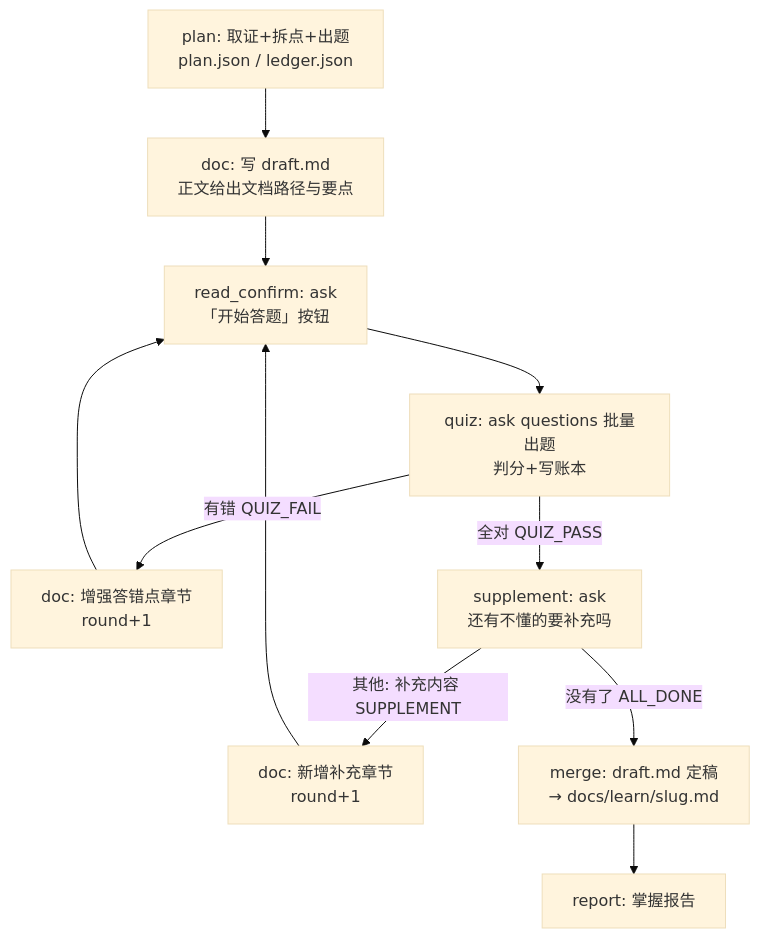
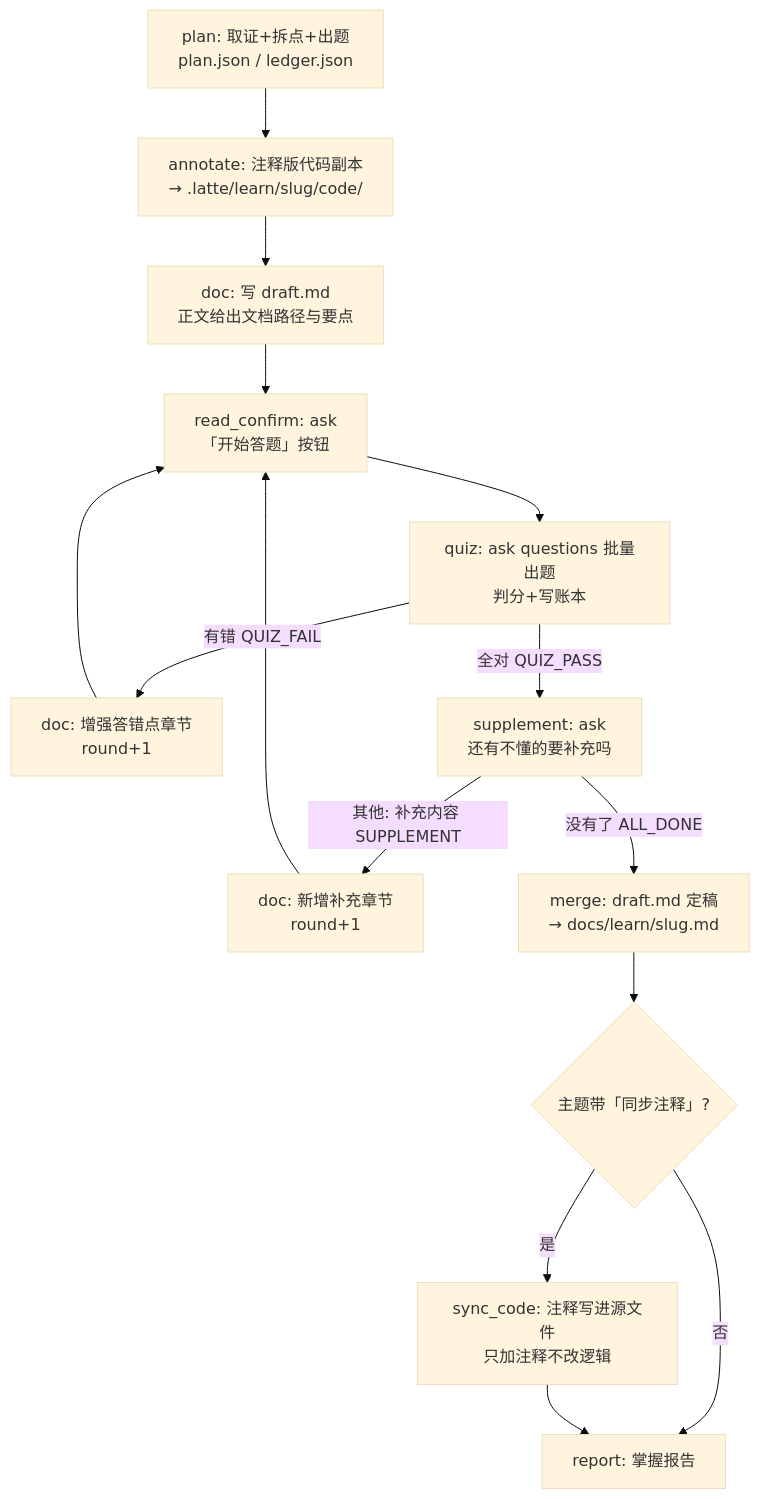
Before and after one commit to qiongtubao/latte-rs-agents: the diagram in docs/learn-loop-doc-driven-design.md, drawn with Mermaid (base theme). The commit also changed other lines of this file and 6 other files, not shown here.

First line of the commit message:
feat(learn_loop): 注释版代码副本默认化 + sync_code 开关 + 小白友好重写

````diff
--- a/docs/learn-loop-doc-driven-design.md
+++ b/docs/learn-loop-doc-driven-design.md
@@ -269,13 +314,17 @@
 ```mermaid
 flowchart TD
-    A[plan: 取证+拆点+出题<br/>plan.json / ledger.json] --> B[doc: 写 draft.md<br/>正文给出文档路径与要点]
+    A[plan: 取证+拆点+出题<br/>plan.json / ledger.json] --> A2[annotate: 注释版代码副本<br/>→ .latte/learn/slug/code/]
+    A2 --> B[doc: 写 draft.md<br/>正文给出文档路径与要点]
     B --> C[read_confirm: ask<br/>「开始答题」按钮]
     C --> D[quiz: ask questions 批量出题<br/>判分+写账本]
     D -->|有错 QUIZ_FAIL| B2[doc: 增强答错点章节<br/>round+1]
     B2 --> C
     D -->|全对 QUIZ_PASS| E[supplement: ask<br/>还有不懂的要补充吗]
     E -->|其他: 补充内容 SUPPLEMENT| B3[doc: 新增补充章节<br/>round+1]
     B3 --> C
     E -->|没有了 ALL_DONE| F[merge: draft.md 定稿<br/>→ docs/learn/slug.md]
-    F --> G[report: 掌握报告]
+    F --> F1{主题带「同步注释」?}
+    F1 -->|是| F2[sync_code: 注释写进源文件<br/>只加注释不改逻辑]
+    F1 -->|否| G[report: 掌握报告]
+    F2 --> G
 ```
````
